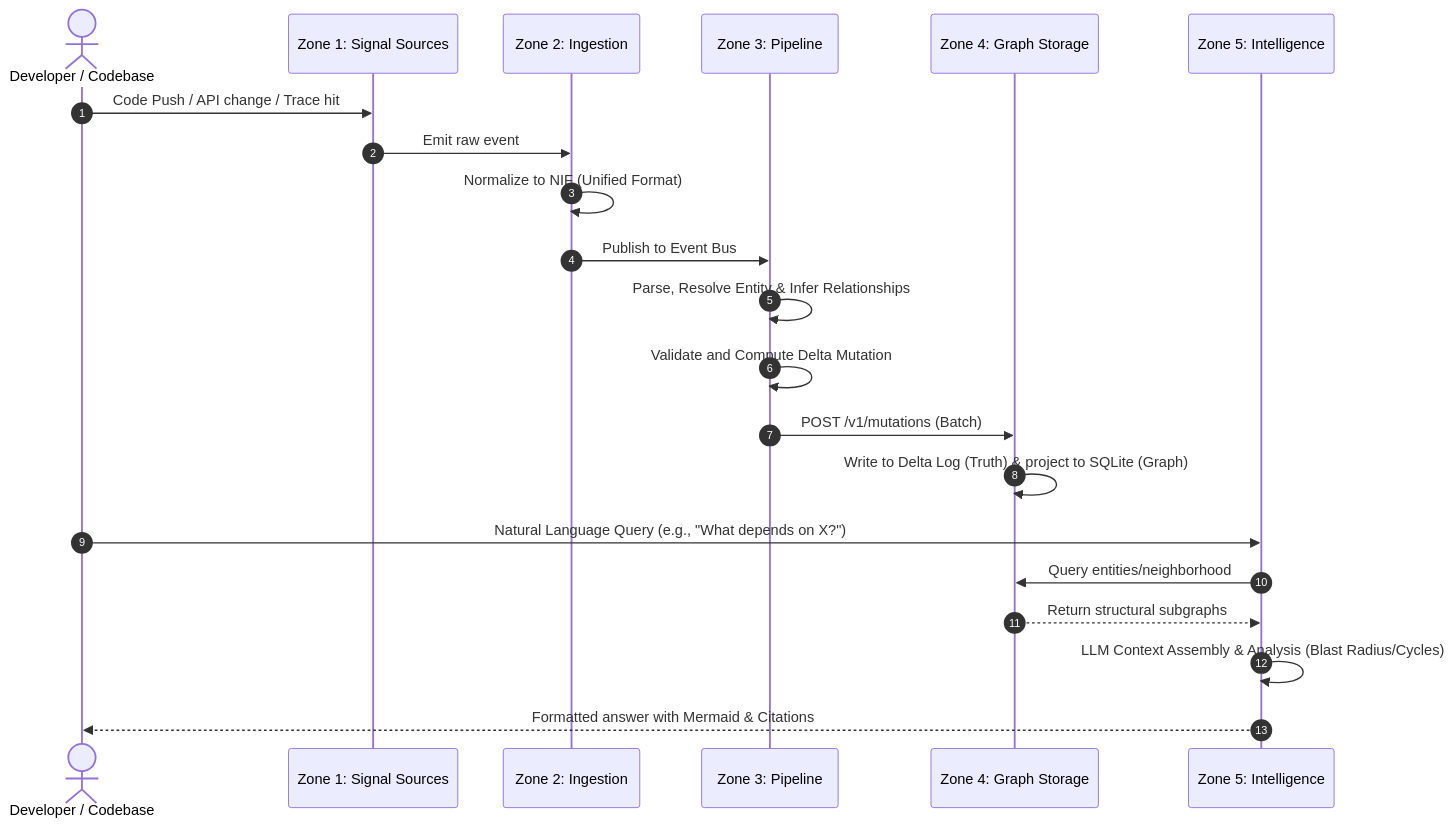
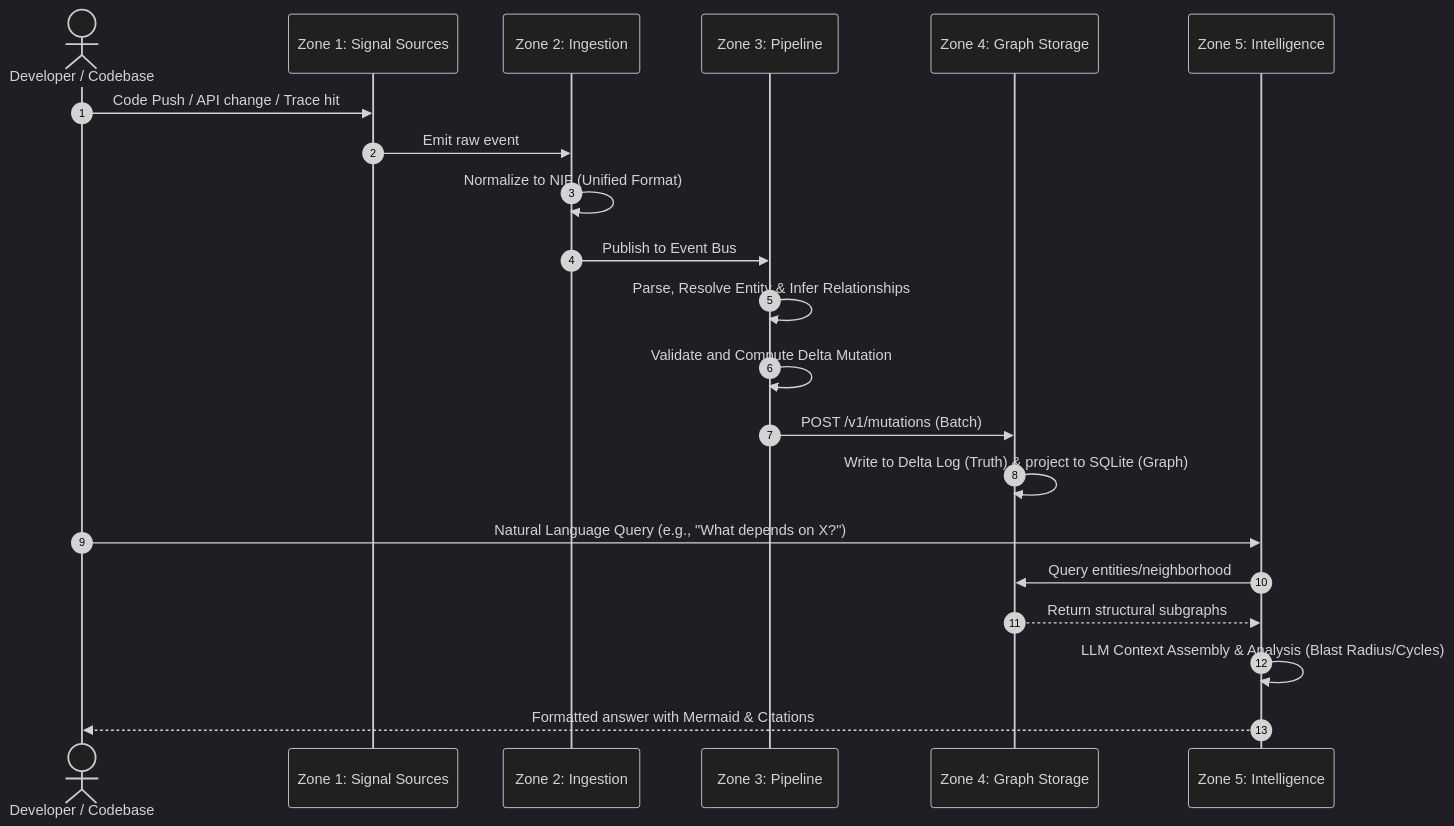
The second of 2 diagrams in README.md (Ksawyoux/Fun-Project), drawn with Mermaid before and after one commit. The commit also changed other lines of this file, not shown here.

Commit message:
style: update mermaid diagrams to dark mode theme and adjust node styling

````diff
--- a/README.md
+++ b/README.md
@@ -82,24 +85,25 @@
 ```mermaid
+%%{init: {'theme': 'dark'}}%%
 sequenceDiagram
     autonumber
     actor Dev as Developer / Codebase
     participant Z1 as Zone 1: Signal Sources
     participant Z2 as Zone 2: Ingestion
     participant Z3 as Zone 3: Pipeline
     participant Z4 as Zone 4: Graph Storage
     participant Z5 as Zone 5: Intelligence
 
     Dev->>Z1: Code Push / API change / Trace hit
     Z1->>Z2: Emit raw event
     Z2->>Z2: Normalize to NIF (Unified Format)
     Z2->>Z3: Publish to Event Bus
     Z3->>Z3: Parse, Resolve Entity & Infer Relationships
     Z3->>Z3: Validate and Compute Delta Mutation
     Z3->>Z4: POST /v1/mutations (Batch)
     Z4->>Z4: Write to Delta Log (Truth) & project to SQLite (Graph)
     Dev->>Z5: Natural Language Query (e.g., "What depends on X?")
     Z5->>Z4: Query entities/neighborhood
     Z4-->>Z5: Return structural subgraphs
     Z5->>Z5: LLM Context Assembly & Analysis (Blast Radius/Cycles)
     Z5-->>Dev: Formatted answer with Mermaid & Citations
 ```
````
